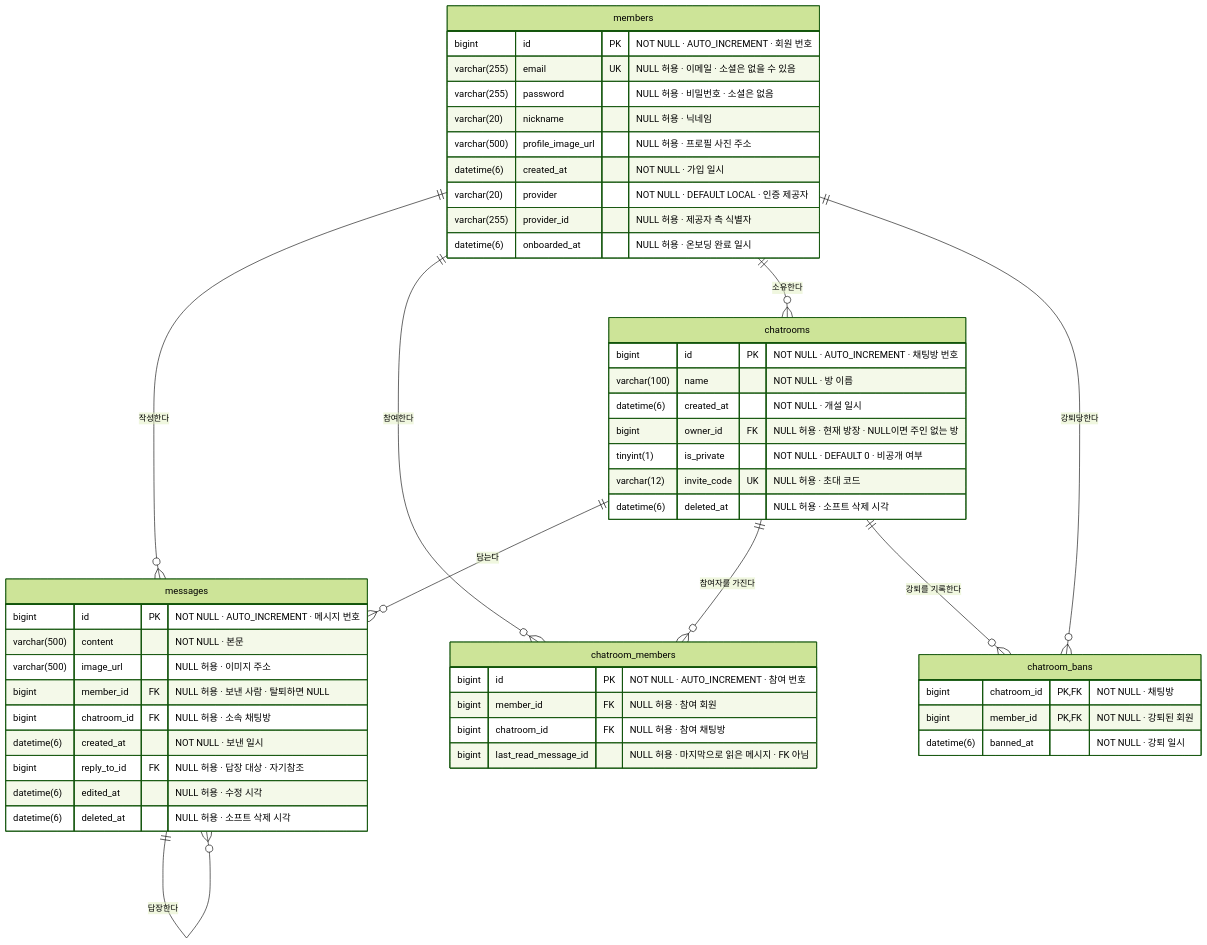
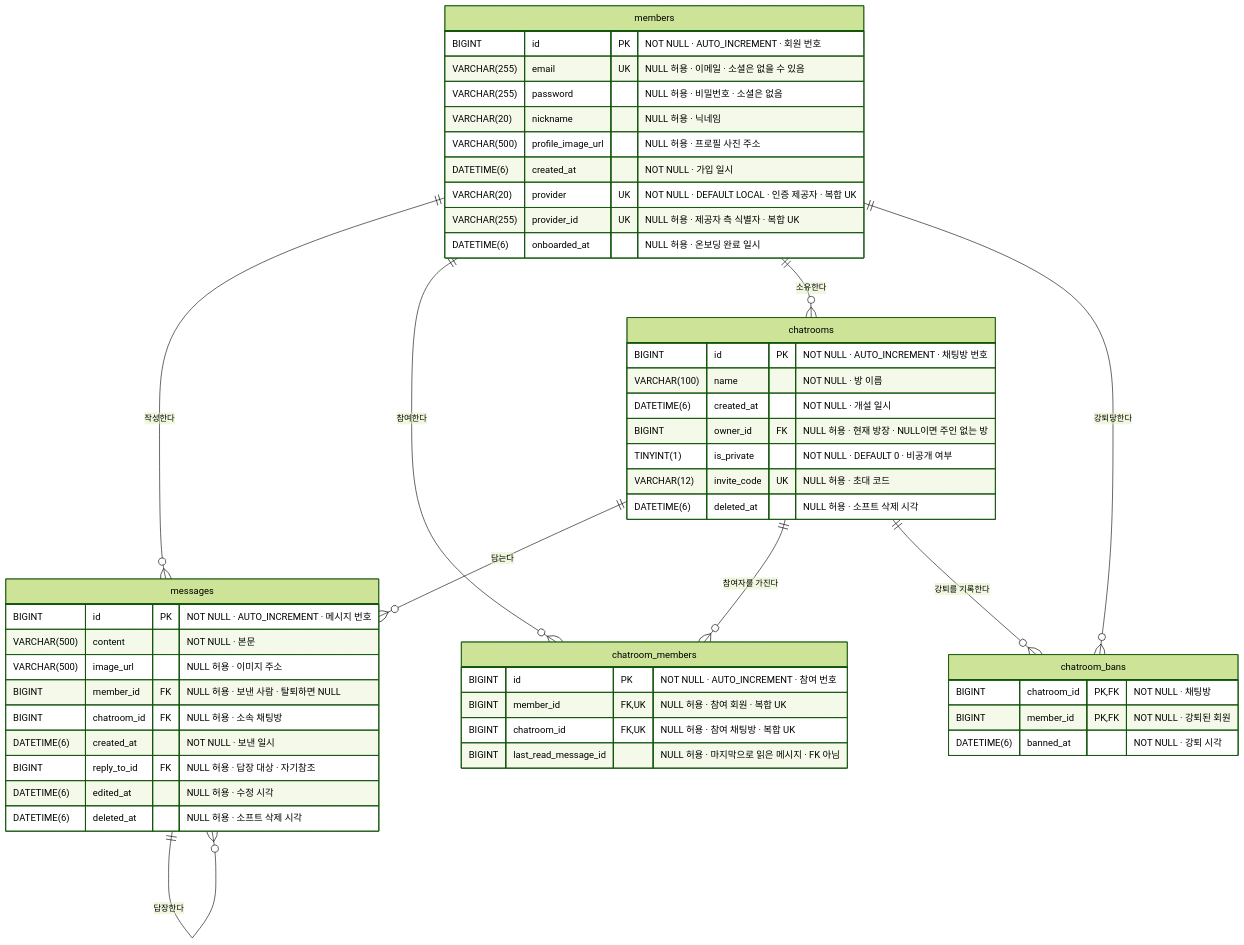
One commit to storyrago/Sage changed the second of 2 diagrams in README.md. Above: the diagram before and after it, drawn with Mermaid (forest theme). The commit also changed other lines of this file, not shown here.

Commit message:
docs: ERD의 키 표시를 제약 전수와 맞추고 타입을 대문자로 통일한다

````diff
--- a/README.md
+++ b/README.md
@@ -87,58 +87,58 @@
 ```mermaid
 erDiagram
     members ||--o{ messages : "작성한다"
     members ||--o{ chatroom_members : "참여한다"
     members ||--o{ chatrooms : "소유한다"
     members ||--o{ chatroom_bans : "강퇴당한다"
     chatrooms ||--o{ messages : "담는다"
     chatrooms ||--o{ chatroom_members : "참여자를 가진다"
     chatrooms ||--o{ chatroom_bans : "강퇴를 기록한다"
     messages ||--o{ messages : "답장한다"
 
     members {
-        bigint id PK "NOT NULL · AUTO_INCREMENT · 회원 번호"
-        varchar(255) email UK "NULL 허용 · 이메일 · 소셜은 없을 수 있음"
-        varchar(255) password "NULL 허용 · 비밀번호 · 소셜은 없음"
-        varchar(20) nickname "NULL 허용 · 닉네임"
-        varchar(500) profile_image_url "NULL 허용 · 프로필 사진 주소"
-        datetime(6) created_at "NOT NULL · 가입 일시"
-        varchar(20) provider "NOT NULL · DEFAULT LOCAL · 인증 제공자"
-        varchar(255) provider_id "NULL 허용 · 제공자 측 식별자"
-        datetime(6) onboarded_at "NULL 허용 · 온보딩 완료 일시"
+        BIGINT id PK "NOT NULL · AUTO_INCREMENT · 회원 번호"
+        VARCHAR(255) email UK "NULL 허용 · 이메일 · 소셜은 없을 수 있음"
+        VARCHAR(255) password "NULL 허용 · 비밀번호 · 소셜은 없음"
+        VARCHAR(20) nickname "NULL 허용 · 닉네임"
+        VARCHAR(500) profile_image_url "NULL 허용 · 프로필 사진 주소"
+        DATETIME(6) created_at "NOT NULL · 가입 일시"
+        VARCHAR(20) provider UK "NOT NULL · DEFAULT LOCAL · 인증 제공자 · 복합 UK"
+        VARCHAR(255) provider_id UK "NULL 허용 · 제공자 측 식별자 · 복합 UK"
+        DATETIME(6) onboarded_at "NULL 허용 · 온보딩 완료 일시"
     }
 
     chatrooms {
-        bigint id PK "NOT NULL · AUTO_INCREMENT · 채팅방 번호"
-        varchar(100) name "NOT NULL · 방 이름"
-        datetime(6) created_at "NOT NULL · 개설 일시"
-        bigint owner_id FK "NULL 허용 · 현재 방장 · NULL이면 주인 없는 방"
-        tinyint(1) is_private "NOT NULL · DEFAULT 0 · 비공개 여부"
-        varchar(12) invite_code UK "NULL 허용 · 초대 코드"
-        datetime(6) deleted_at "NULL 허용 · 소프트 삭제 시각"
+        BIGINT id PK "NOT NULL · AUTO_INCREMENT · 채팅방 번호"
+        VARCHAR(100) name "NOT NULL · 방 이름"
+        DATETIME(6) created_at "NOT NULL · 개설 일시"
+        BIGINT owner_id FK "NULL 허용 · 현재 방장 · NULL이면 주인 없는 방"
+        TINYINT(1) is_private "NOT NULL · DEFAULT 0 · 비공개 여부"
+        VARCHAR(12) invite_code UK "NULL 허용 · 초대 코드"
+        DATETIME(6) deleted_at "NULL 허용 · 소프트 삭제 시각"
     }
 
     messages {
-        bigint id PK "NOT NULL · AUTO_INCREMENT · 메시지 번호"
-        varchar(500) content "NOT NULL · 본문"
-        varchar(500) image_url "NULL 허용 · 이미지 주소"
-        bigint member_id FK "NULL 허용 · 보낸 사람 · 탈퇴하면 NULL"
-        bigint chatroom_id FK "NULL 허용 · 소속 채팅방"
-        datetime(6) created_at "NOT NULL · 보낸 일시"
-        bigint reply_to_id FK "NULL 허용 · 답장 대상 · 자기참조"
-        datetime(6) edited_at "NULL 허용 · 수정 시각"
-        datetime(6) deleted_at "NULL 허용 · 소프트 삭제 시각"
+        BIGINT id PK "NOT NULL · AUTO_INCREMENT · 메시지 번호"
+        VARCHAR(500) content "NOT NULL · 본문"
+        VARCHAR(500) image_url "NULL 허용 · 이미지 주소"
+        BIGINT member_id FK "NULL 허용 · 보낸 사람 · 탈퇴하면 NULL"
+        BIGINT chatroom_id FK "NULL 허용 · 소속 채팅방"
+        DATETIME(6) created_at "NOT NULL · 보낸 일시"
+        BIGINT reply_to_id FK "NULL 허용 · 답장 대상 · 자기참조"
+        DATETIME(6) edited_at "NULL 허용 · 수정 시각"
+        DATETIME(6) deleted_at "NULL 허용 · 소프트 삭제 시각"
     }
 
     chatroom_members {
-        bigint id PK "NOT NULL · AUTO_INCREMENT · 참여 번호"
-        bigint member_id FK "NULL 허용 · 참여 회원"
-        bigint chatroom_id FK "NULL 허용 · 참여 채팅방"
-        bigint last_read_message_id "NULL 허용 · 마지막으로 읽은 메시지 · FK 아님"
+        BIGINT id PK "NOT NULL · AUTO_INCREMENT · 참여 번호"
+        BIGINT member_id FK,UK "NULL 허용 · 참여 회원 · 복합 UK"
+        BIGINT chatroom_id FK,UK "NULL 허용 · 참여 채팅방 · 복합 UK"
+        BIGINT last_read_message_id "NULL 허용 · 마지막으로 읽은 메시지 · FK 아님"
     }
 
     chatroom_bans {
-        bigint chatroom_id PK,FK "NOT NULL · 채팅방"
-        bigint member_id PK,FK "NOT NULL · 강퇴된 회원"
-        datetime(6) banned_at "NOT NULL · 강퇴 일시"
+        BIGINT chatroom_id PK,FK "NOT NULL · 채팅방"
+        BIGINT member_id PK,FK "NOT NULL · 강퇴된 회원"
+        DATETIME(6) banned_at "NOT NULL · 강퇴 시각"
     }
 ```
````
